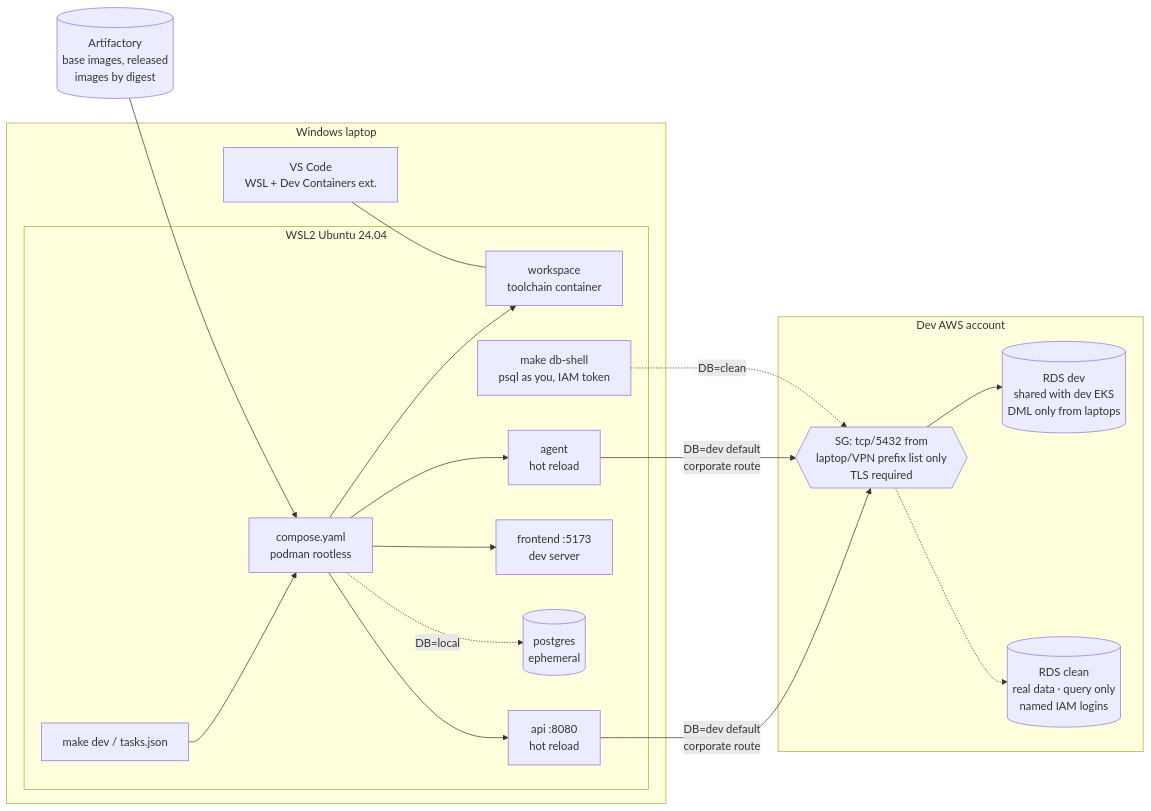
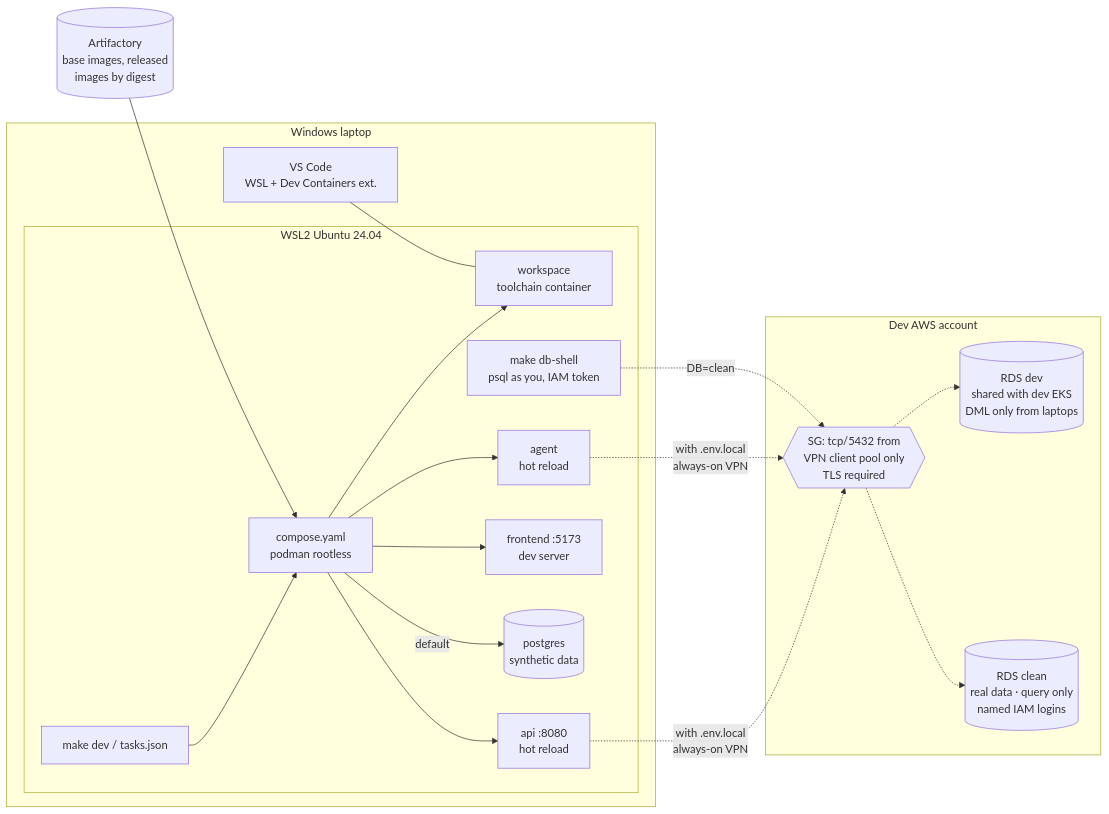
The diagram in docs/proposal/local-development.md (sholtomaud/GHES-EKS-zero-downtime-deployments), drawn with Mermaid before and after one commit. The commit also changed other lines of this file and 3 other files, not shown here.

First line of the commit message:
Local dev proposal rev 3: synthetic data by default, dev RDS via .env.local

````diff
--- a/docs/proposal/local-development.md
+++ b/docs/proposal/local-development.md
@@ -49,24 +56,24 @@
 ```mermaid
 flowchart LR
   subgraph win[Windows laptop]
     vsc[VS Code<br/>WSL + Dev Containers ext.]
     subgraph wsl[WSL2 Ubuntu 24.04]
       make[make dev / tasks.json] --> compose[compose.yaml<br/>podman rootless]
       compose --> ws[workspace<br/>toolchain container]
       compose --> api[api :8080<br/>hot reload]
       compose --> agent[agent<br/>hot reload]
       compose --> fe[frontend :5173<br/>dev server]
-      compose -. DB=local .-> pg[(postgres<br/>ephemeral)]
+      compose -->|default| pg[(postgres<br/>synthetic data)]
       shell[make db-shell<br/>psql as you, IAM token]
     end
     vsc --- ws
   end
   subgraph aws[Dev AWS account]
-    sg{{SG: tcp/5432 from<br/>laptop/VPN prefix list only<br/>TLS required}}
+    sg{{SG: tcp/5432 from<br/>VPN client pool only<br/>TLS required}}
     dev[(RDS dev<br/>shared with dev EKS<br/>DML only from laptops)]
     clean[(RDS clean<br/>real data · query only<br/>named IAM logins)]
   end
-  api & agent -->|DB=dev default<br/>corporate route| sg --> dev
+  api & agent -.->|with .env.local<br/>always-on VPN| sg -.-> dev
   shell -.->|DB=clean| sg -.-> clean
   art[(Artifactory<br/>base images, released<br/>images by digest)] --> compose
 ```
````
